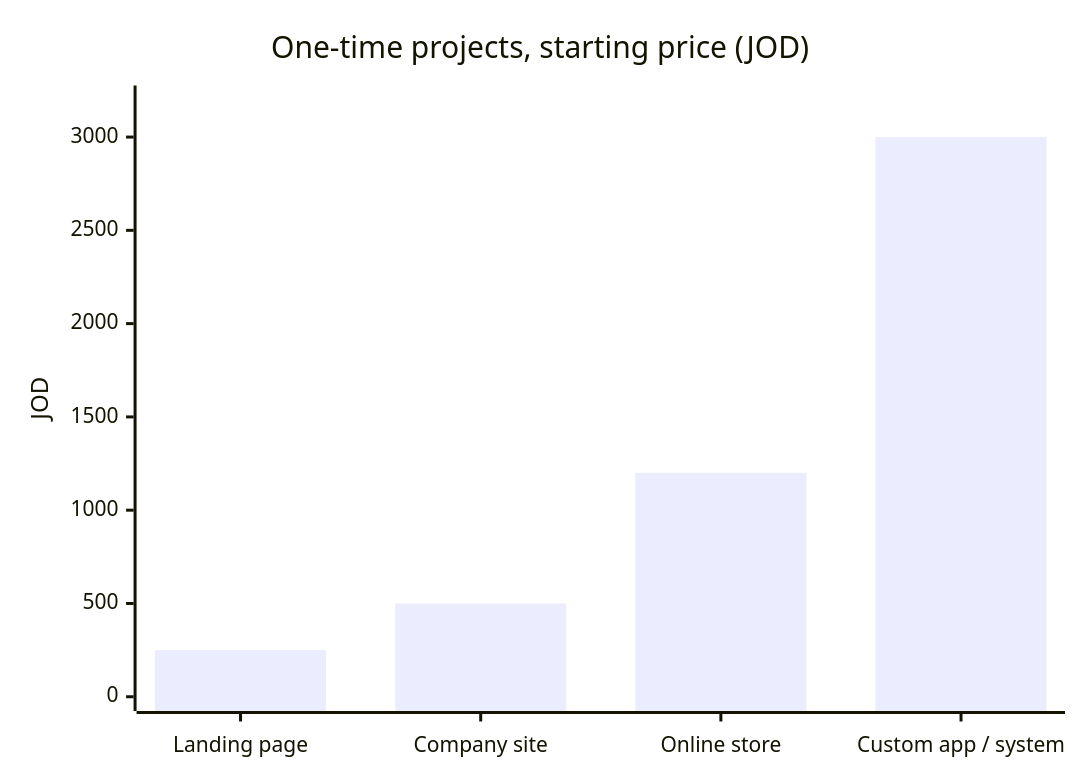
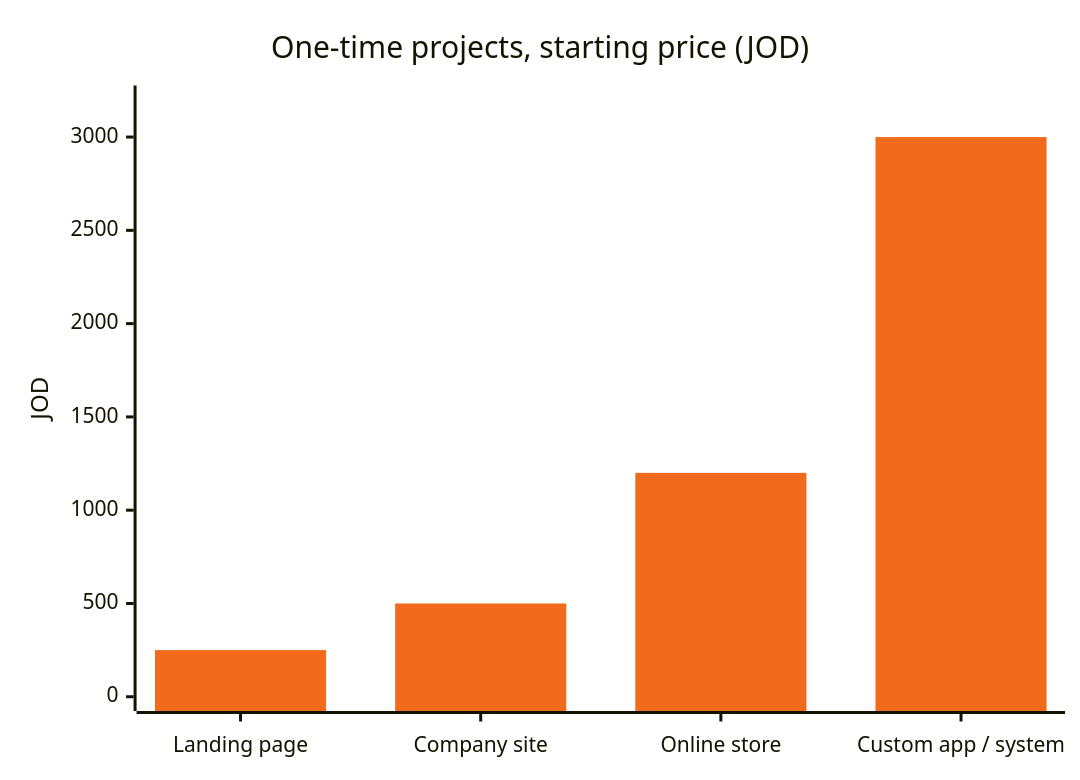
One commit to engKhaledalwaked/Rawaj changed the fifth of 6 diagrams in README.md. Above: the diagram before and after it, drawn with Mermaid. The commit also changed other lines of this file, not shown here.

Commit message:
docs: brand colours for README charts

````diff
--- a/README.md
+++ b/README.md
@@ -194,7 +195,8 @@
 ```mermaid
+%%{init: {'theme': 'base', 'themeVariables': {'xyChart': {'plotColorPalette': '#F26B1D'}}}}%%
 xychart-beta
     title "One-time projects, starting price (JOD)"
     x-axis ["Landing page", "Company site", "Online store", "Custom app / system"]
     y-axis "JOD" 0 --> 3200
     bar [250, 500, 1200, 3000]
 ```
````
